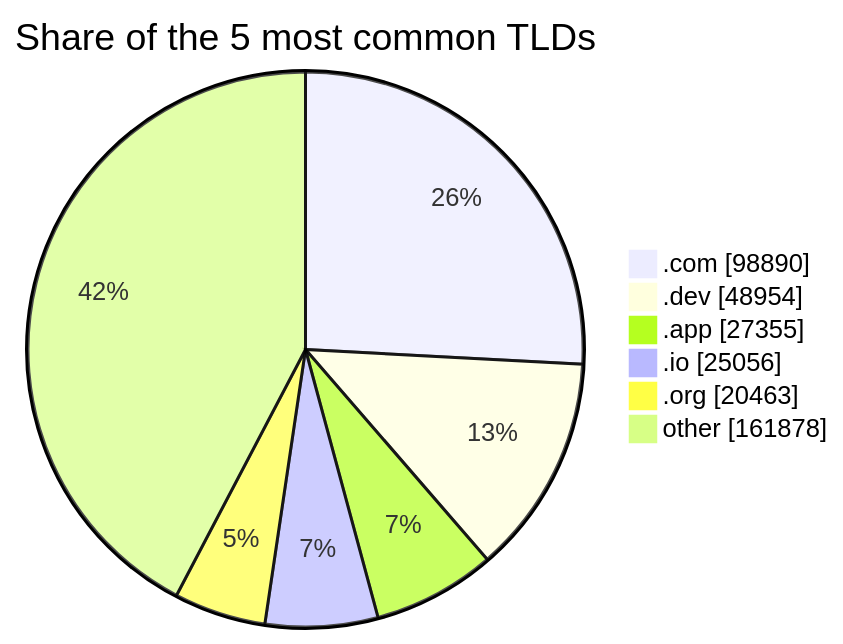
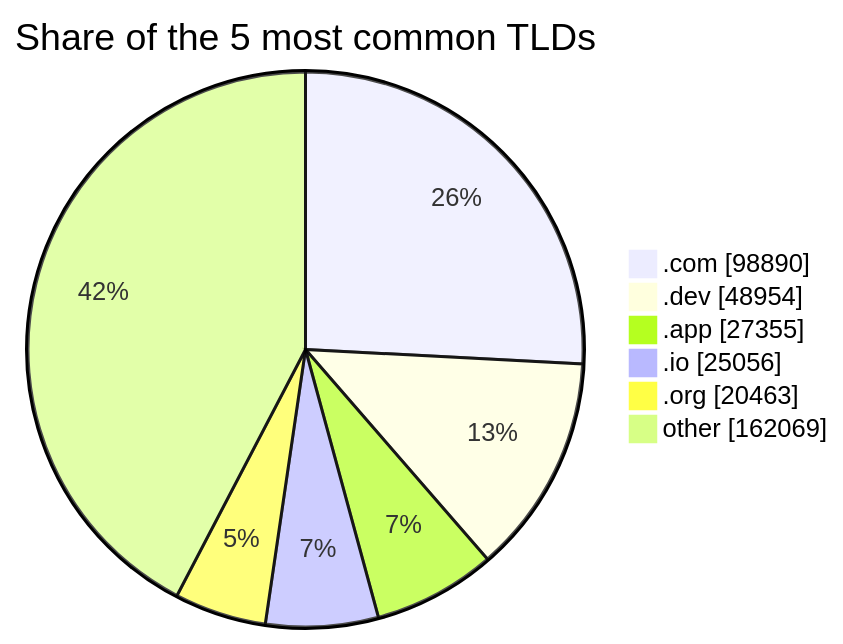
One commit to DNSBunker/CTI changed the third of 3 diagrams in README.md. Above: the diagram before and after it, drawn with Mermaid. The commit also changed other lines of this file and 3 other files, not shown here.

````diff
--- a/README.md
+++ b/README.md
@@ -81,9 +81,9 @@
 ```mermaid
 pie showData title Share of the 5 most common TLDs
     ".com" : 98890
     ".dev" : 48954
     ".app" : 27355
     ".io" : 25056
     ".org" : 20463
-    "other" : 161878
+    "other" : 162069
 ```
````
